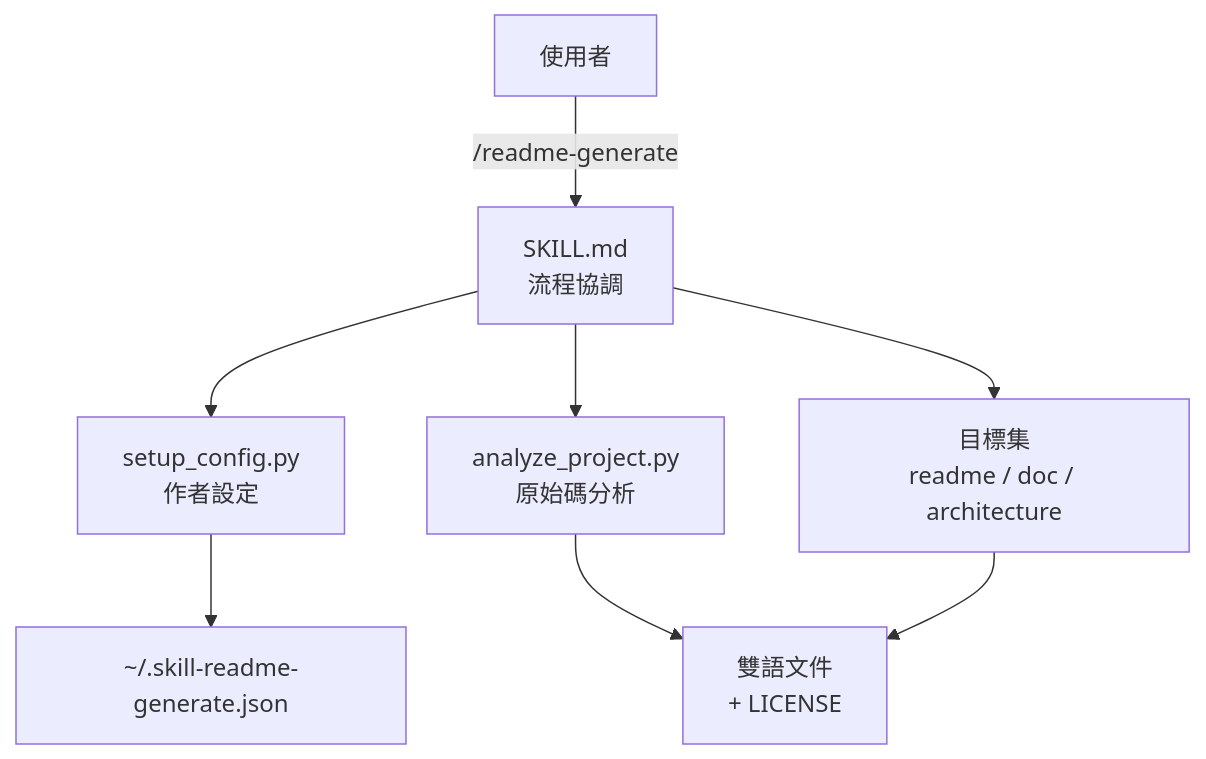
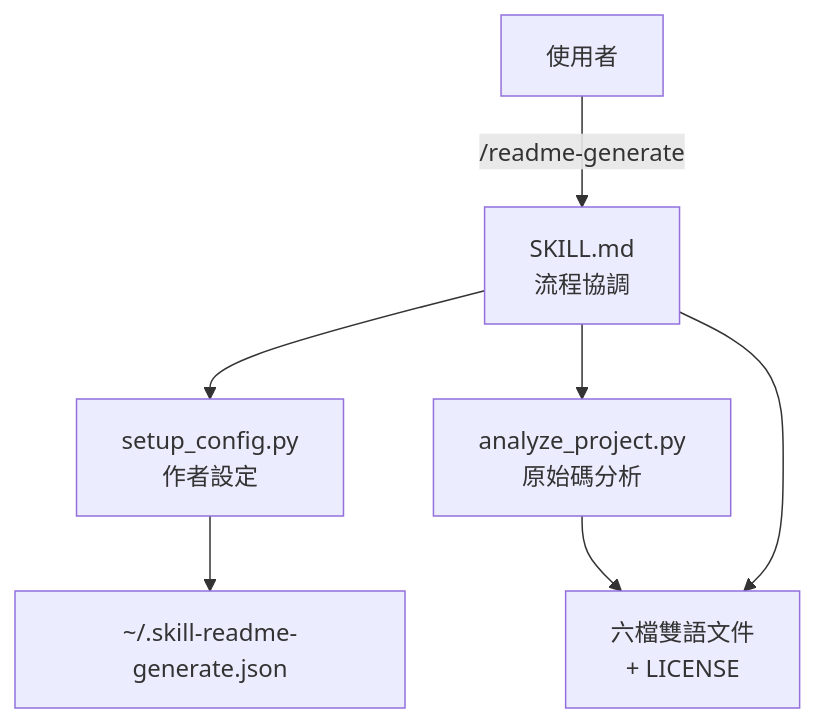
One commit to agenvoy/skill-readme-generate changed the diagram in doc/README.zh.md. Above: the diagram before and after it, drawn with Mermaid. The commit also changed other lines of this file and 6 other files, not shown here.

````diff
--- a/doc/README.zh.md
+++ b/doc/README.zh.md
@@ -39,10 +39,9 @@
 ```mermaid
 graph TB
     User[使用者] -->|/readme-generate| SKILL[SKILL.md<br/>流程協調]
     SKILL --> Config[setup_config.py<br/>作者設定]
     SKILL --> Analyze[analyze_project.py<br/>原始碼分析]
     Config --> JSON[~/.skill-readme-generate.json]
-    SKILL --> Target[目標集<br/>readme / doc / architecture]
-    Analyze --> Output[雙語文件<br/>+ LICENSE]
-    Target --> Output
+    Analyze --> Output[六檔雙語文件<br/>+ LICENSE]
+    SKILL --> Output
 ```
````
